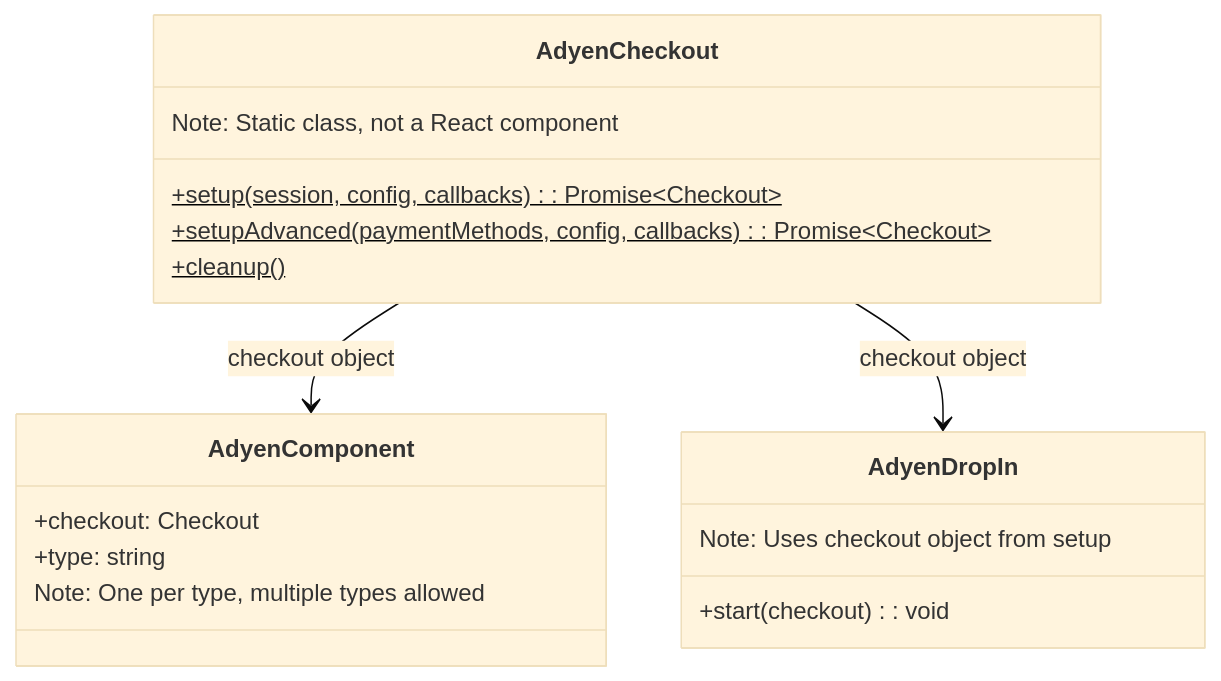
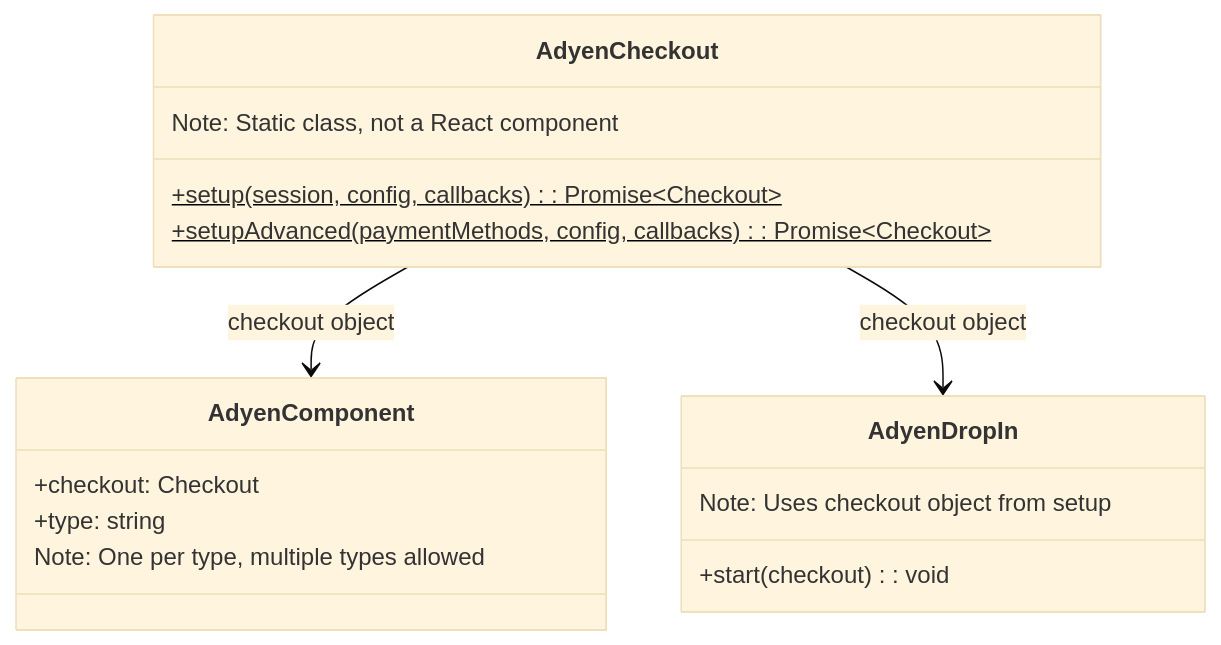
One commit to Adyen/adyen-react-native changed the second of 7 diagrams in docs/v6-public-api-proposal.md. Above: the diagram before and after it, drawn with Mermaid (base theme). The commit also changed other lines of this file and 5 other files, not shown here.

````diff
--- a/docs/v6-public-api-proposal.md
+++ b/docs/v6-public-api-proposal.md
@@ -69,23 +66,22 @@
 ```mermaid
 classDiagram
     class AdyenCheckout {
         +setup(session, config, callbacks): Promise~Checkout~$
         +setupAdvanced(paymentMethods, config, callbacks): Promise~Checkout~$
-        +cleanup()$
         Note: Static class, not a React component
     }
 
     class AdyenComponent {
         +checkout: Checkout
         +type: string
         Note: One per type, multiple types allowed
     }
 
     class AdyenDropIn {
         +start(checkout): void
         Note: Uses checkout object from setup
     }
 
     AdyenCheckout --> AdyenComponent : checkout object
     AdyenCheckout --> AdyenDropIn : checkout object
 ```
````
